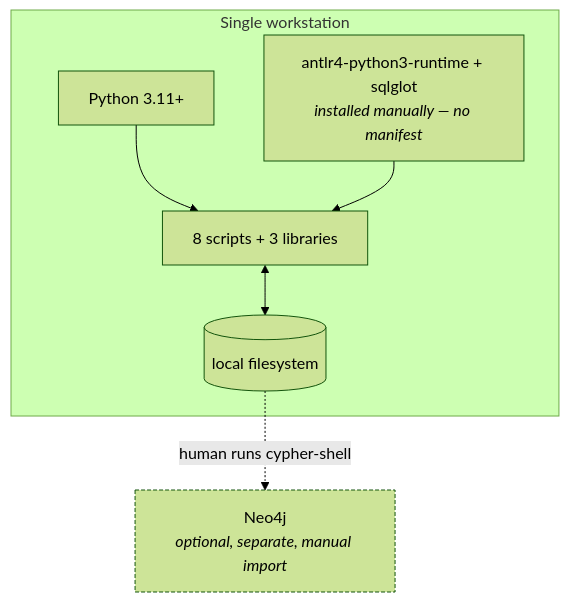
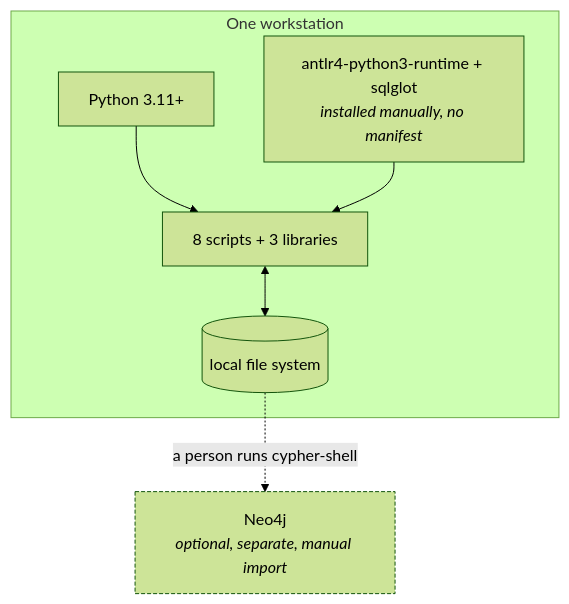
One commit to KrishnaAnnavaram/statute changed diagram 17 of 17 in README.md. Above: the diagram before and after it, drawn with Mermaid (forest theme). The commit also changed other lines of this file and 1 other file, not shown here.

````diff
--- a/README.md
+++ b/README.md
@@ -1276,16 +1199,16 @@
 ```mermaid
 flowchart TD
-    subgraph M["Single workstation"]
+    subgraph M["One workstation"]
         PY["Python 3.11+"]
-        DEPS["antlr4-python3-runtime + sqlglot<br/><i>installed manually — no manifest</i>"]
+        DEPS["antlr4-python3-runtime + sqlglot<br/><i>installed manually, no manifest</i>"]
         SCR["8 scripts + 3 libraries"]
-        FS[("local filesystem")]
+        FS[("local file system")]
     end
     OPT["Neo4j<br/><i>optional, separate, manual import</i>"]
     PY --> SCR
     DEPS --> SCR
     SCR <--> FS
-    FS -.->|human runs cypher-shell| OPT
+    FS -.->|a person runs cypher-shell| OPT
     classDef opt stroke-dasharray: 4 2
     class OPT opt
 ```
````
